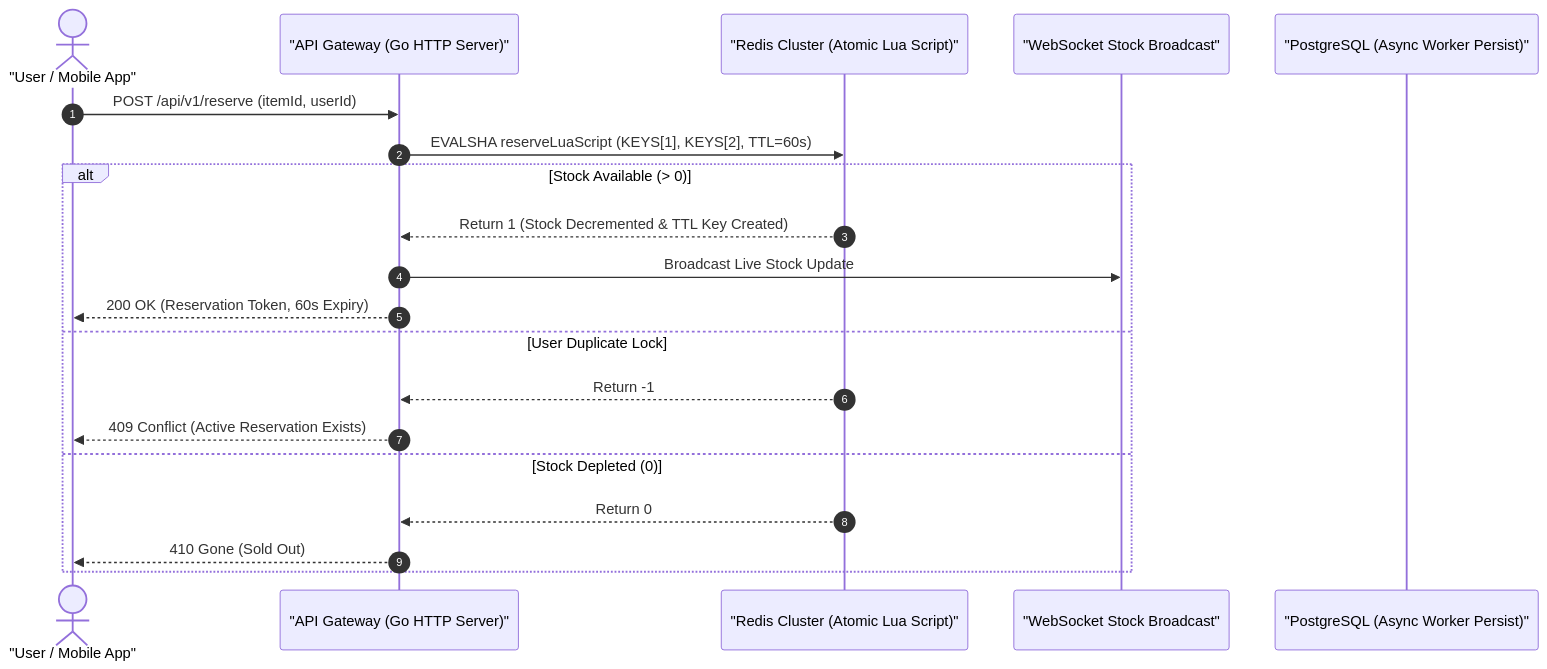
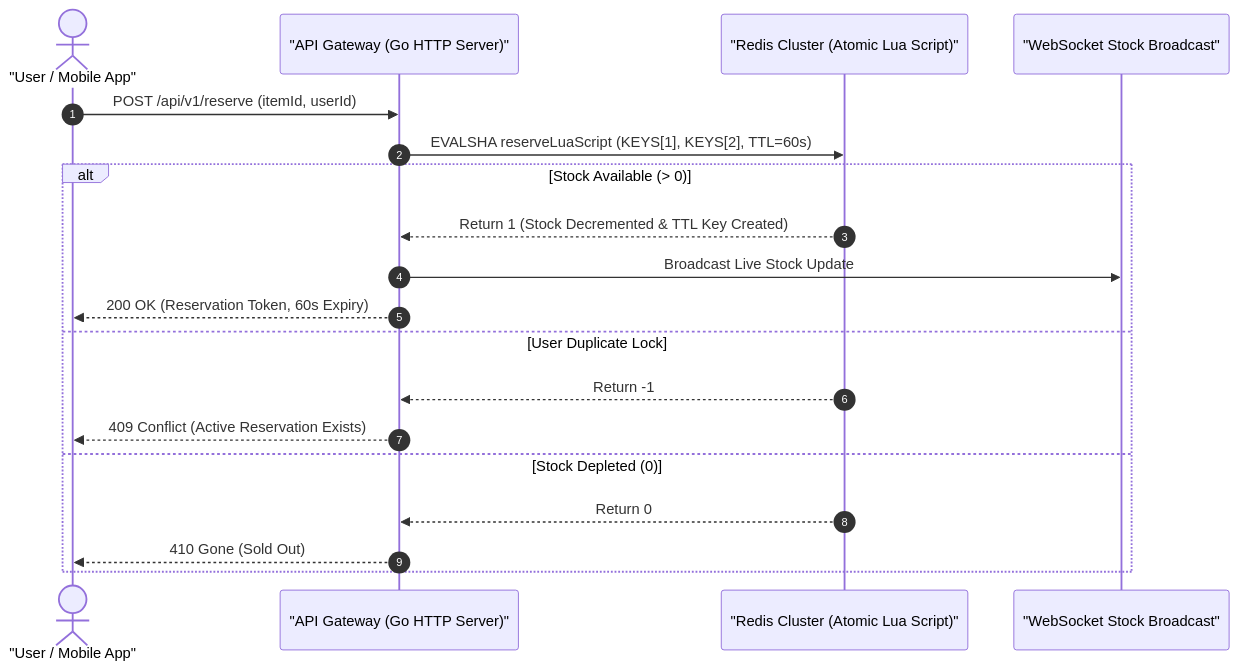
Before and after one commit to shafiktanbir/Sneaker-Drop-System: the diagram in README.md, drawn with Mermaid. The commit also changed other lines of this file and 2 other files, not shown here.

````diff
--- a/README.md
+++ b/README.md
@@ -16,23 +15,22 @@
 ```mermaid
 sequenceDiagram
     autonumber
     actor Client as "User / Mobile App"
     participant GW as "API Gateway (Go HTTP Server)"
     participant Cache as "Redis Cluster (Atomic Lua Script)"
     participant WS as "WebSocket Stock Broadcast"
-    participant DB as "PostgreSQL (Async Worker Persist)"
 
     Client->>GW: POST /api/v1/reserve (itemId, userId)
     GW->>Cache: EVALSHA reserveLuaScript (KEYS[1], KEYS[2], TTL=60s)
     alt Stock Available (> 0)
         Cache-->>GW: Return 1 (Stock Decremented & TTL Key Created)
         GW->>WS: Broadcast Live Stock Update
         GW-->>Client: 200 OK (Reservation Token, 60s Expiry)
     else User Duplicate Lock
         Cache-->>GW: Return -1
         GW-->>Client: 409 Conflict (Active Reservation Exists)
     else Stock Depleted (0)
         Cache-->>GW: Return 0
         GW-->>Client: 410 Gone (Sold Out)
     end
 ```
````
